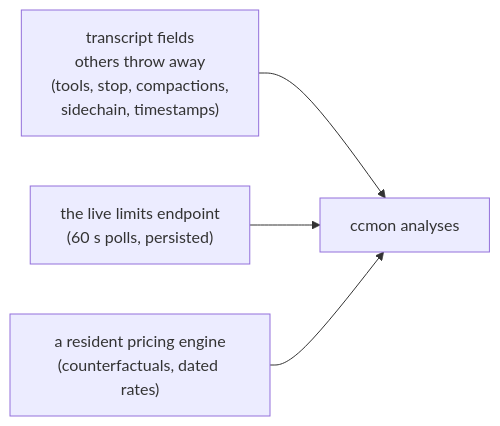
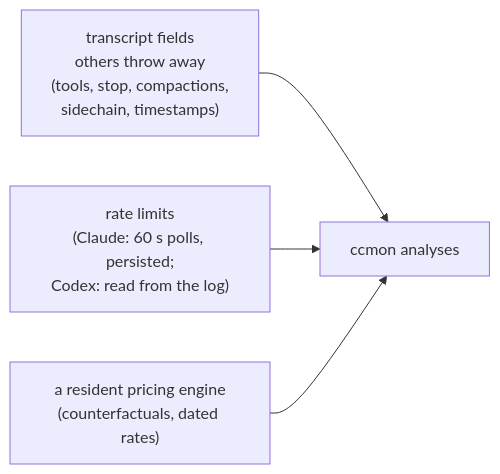
The diagram in docs/analytics-roadmap.md (iskandarputra/ccmon), drawn with Mermaid before and after one commit. The commit also changed other lines of this file and 3 other files, not shown here.

````diff
--- a/docs/analytics-roadmap.md
+++ b/docs/analytics-roadmap.md
@@ -8,6 +8,6 @@
 ```mermaid
 flowchart LR
   A["transcript fields<br/>others throw away<br/>(tools, stop, compactions,<br/>sidechain, timestamps)"] --> X["ccmon analyses"]
-  B["the live limits endpoint<br/>(60 s polls, persisted)"] --> X
+  B["rate limits<br/>(Claude: 60 s polls, persisted;<br/>Codex: read from the log)"] --> X
   C["a resident pricing engine<br/>(counterfactuals, dated rates)"] --> X
 ```
````
